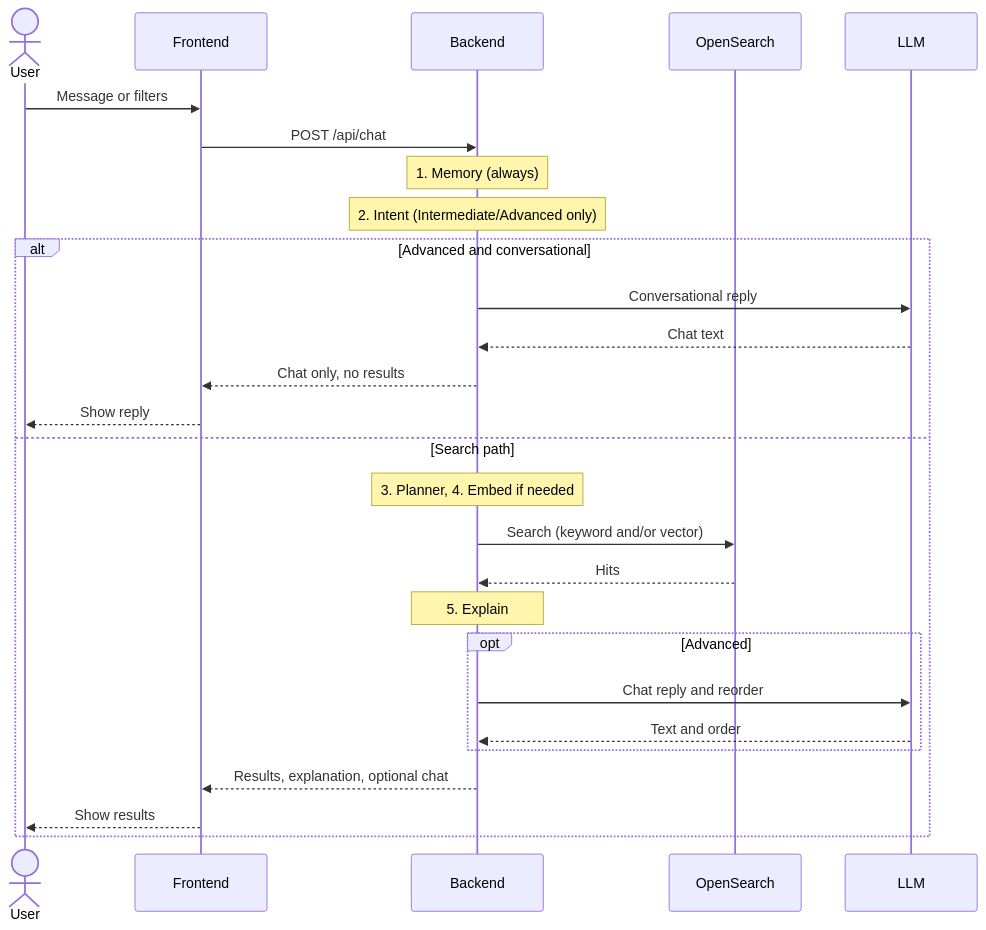
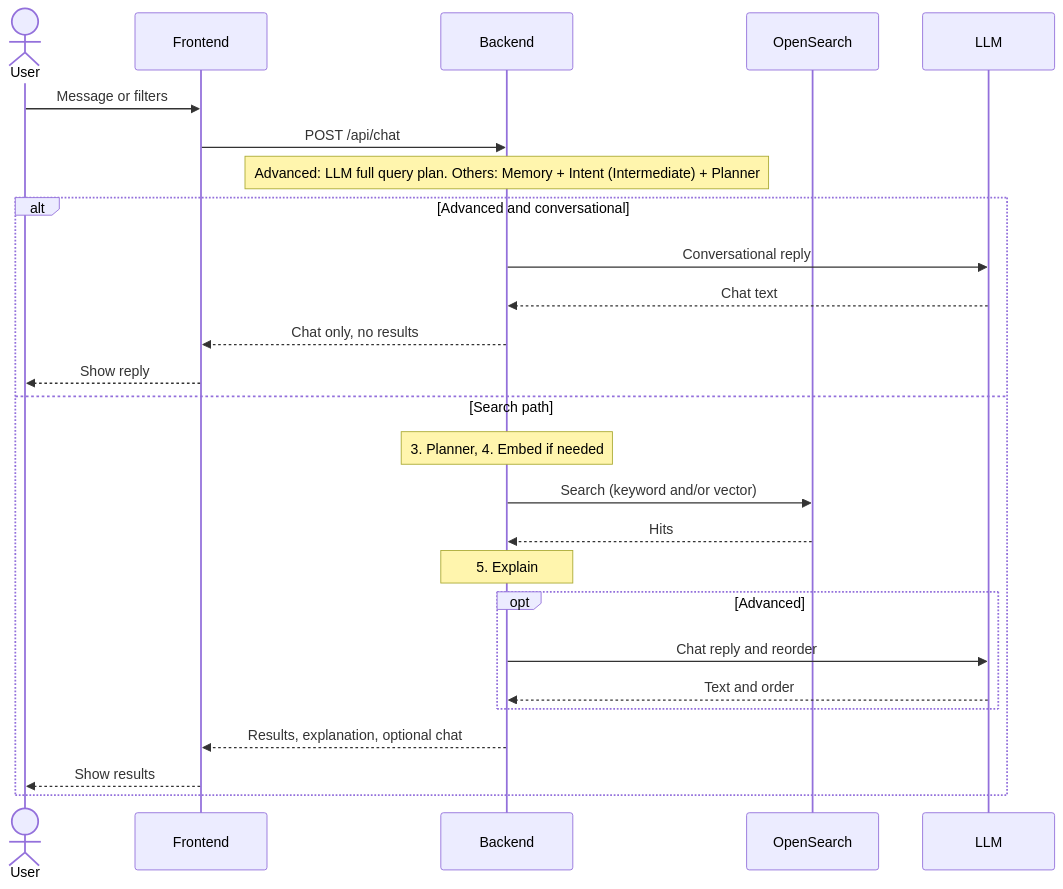
The third of 3 diagrams in docs/architecture.md (betloreilly/nextgen-location-search), drawn with Mermaid before and after one commit. The commit also changed other lines of this file and 11 other files, not shown here.

Commit message:
Changes in advanced mode to use llms to prepare the Opensearch query

````diff
--- a/docs/architecture.md
+++ b/docs/architecture.md
@@ -88,32 +94,31 @@
 ```mermaid
 sequenceDiagram
   actor User
   participant Frontend
   participant Backend
   participant OpenSearch
   participant LLM
 
   User->>Frontend: Message or filters
   Frontend->>Backend: POST /api/chat
 
-  Note over Backend: 1. Memory (always)
-  Note over Backend: 2. Intent (Intermediate/Advanced only)
+  Note over Backend: Advanced: LLM full query plan. Others: Memory + Intent (Intermediate) + Planner
 
   alt Advanced and conversational
     Backend->>LLM: Conversational reply
     LLM-->>Backend: Chat text
     Backend-->>Frontend: Chat only, no results
     Frontend-->>User: Show reply
   else Search path
     Note over Backend: 3. Planner, 4. Embed if needed
     Backend->>OpenSearch: Search (keyword and/or vector)
     OpenSearch-->>Backend: Hits
     Note over Backend: 5. Explain
     opt Advanced
       Backend->>LLM: Chat reply and reorder
       LLM-->>Backend: Text and order
     end
     Backend-->>Frontend: Results, explanation, optional chat
     Frontend-->>User: Show results
   end
 ```
````
